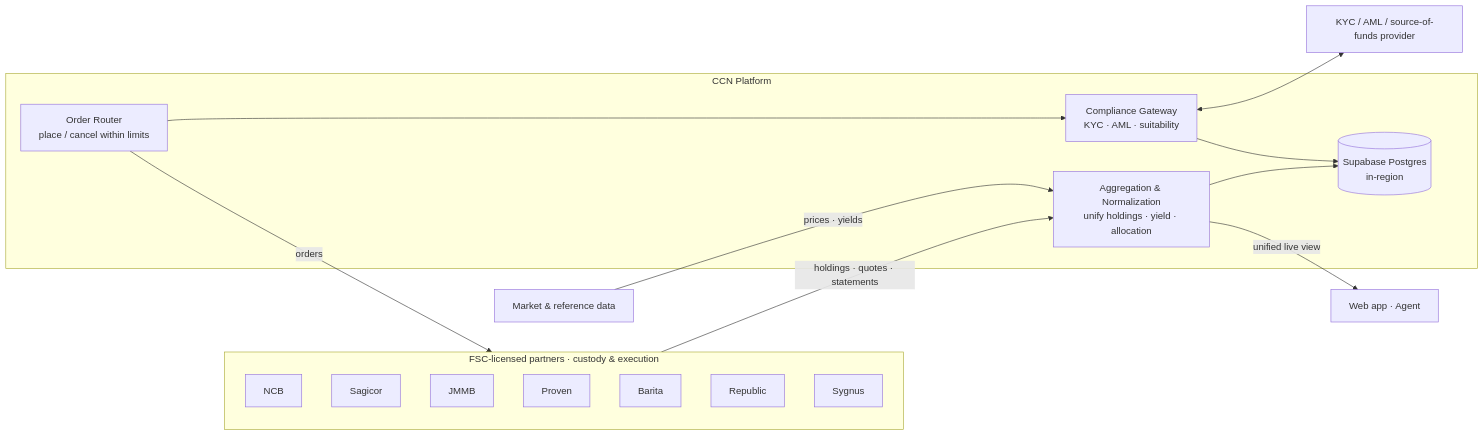
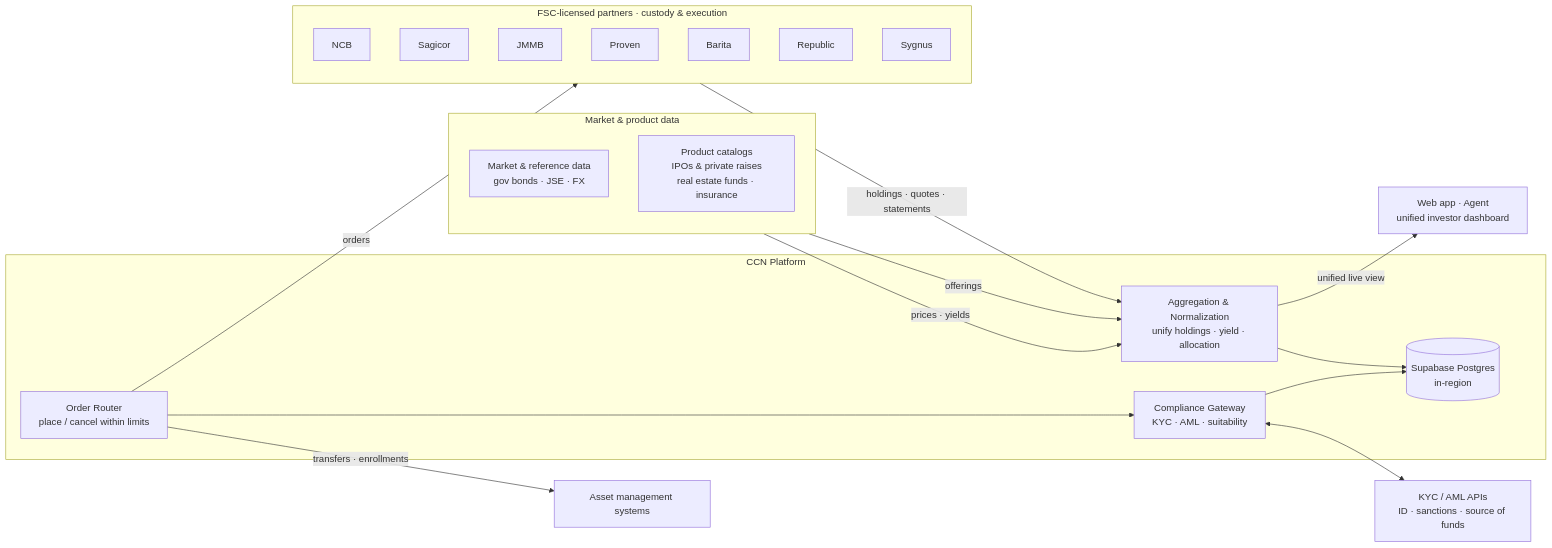
One commit to Tenoywil/agentic-investment-app changed the diagram in design/agents/05-data-api-integration.mmd. Above: the diagram before and after it, drawn with Mermaid. The commit also changed 15 other files, not shown here.

```diff
--- a/design/agents/05-data-api-integration.mmd
+++ b/design/agents/05-data-api-integration.mmd
@@ -1,33 +1,41 @@
 %% CCN — Data &amp; API integration map
 flowchart LR
     subgraph Partners["FSC-licensed partners · custody &amp; execution"]
         direction TB
         P1["NCB"]
         P2["Sagicor"]
         P3["JMMB"]
         P4["Proven"]
         P5["Barita"]
         P6["Republic"]
         P7["Sygnus"]
     end
 
-    MKT["Market &amp; reference data"]
-    KYCP["KYC / AML / source-of-funds provider"]
+    subgraph Sources["Market &amp; product data"]
+        direction TB
+        MKT["Market &amp; reference data<br/>gov bonds · JSE · FX"]
+        CAT["Product catalogs<br/>IPOs &amp; private raises<br/>real estate funds · insurance"]
+    end
+
+    KYCP["KYC / AML APIs<br/>ID · sanctions · source of funds"]
+    AMS["Asset management systems"]
 
     subgraph CCN["CCN Platform"]
         AGG["Aggregation &amp; Normalization<br/>unify holdings · yield · allocation"]
         ROUTER["Order Router<br/>place / cancel within limits"]
         GATE["Compliance Gateway<br/>KYC · AML · suitability"]
         STOREPG[("Supabase Postgres<br/>in-region")]
     end
 
-    APP["Web app · Agent"]
+    APP["Web app · Agent<br/>unified investor dashboard"]
 
     Partners -->|"holdings · quotes · statements"| AGG
     ROUTER -->|"orders"| Partners
+    ROUTER -->|"transfers · enrollments"| AMS
     MKT -->|"prices · yields"| AGG
+    CAT -->|"offerings"| AGG
     AGG --> STOREPG
     ROUTER --> GATE
     GATE <--> KYCP
     GATE --> STOREPG
     AGG -->|"unified live view"| APP
```
